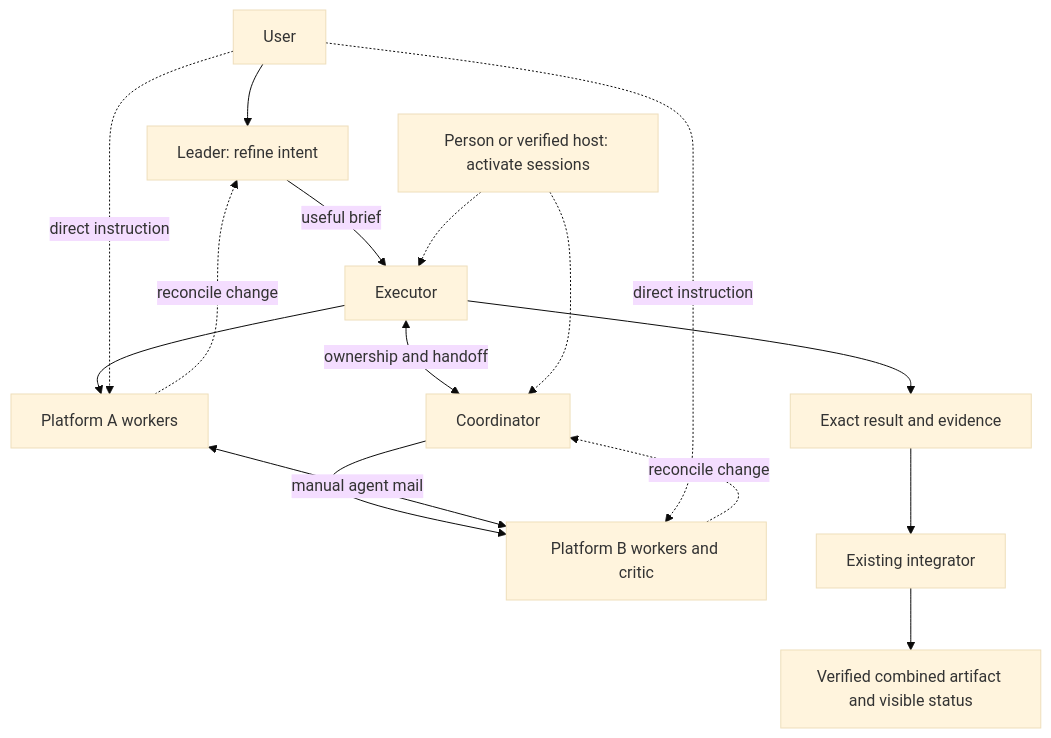
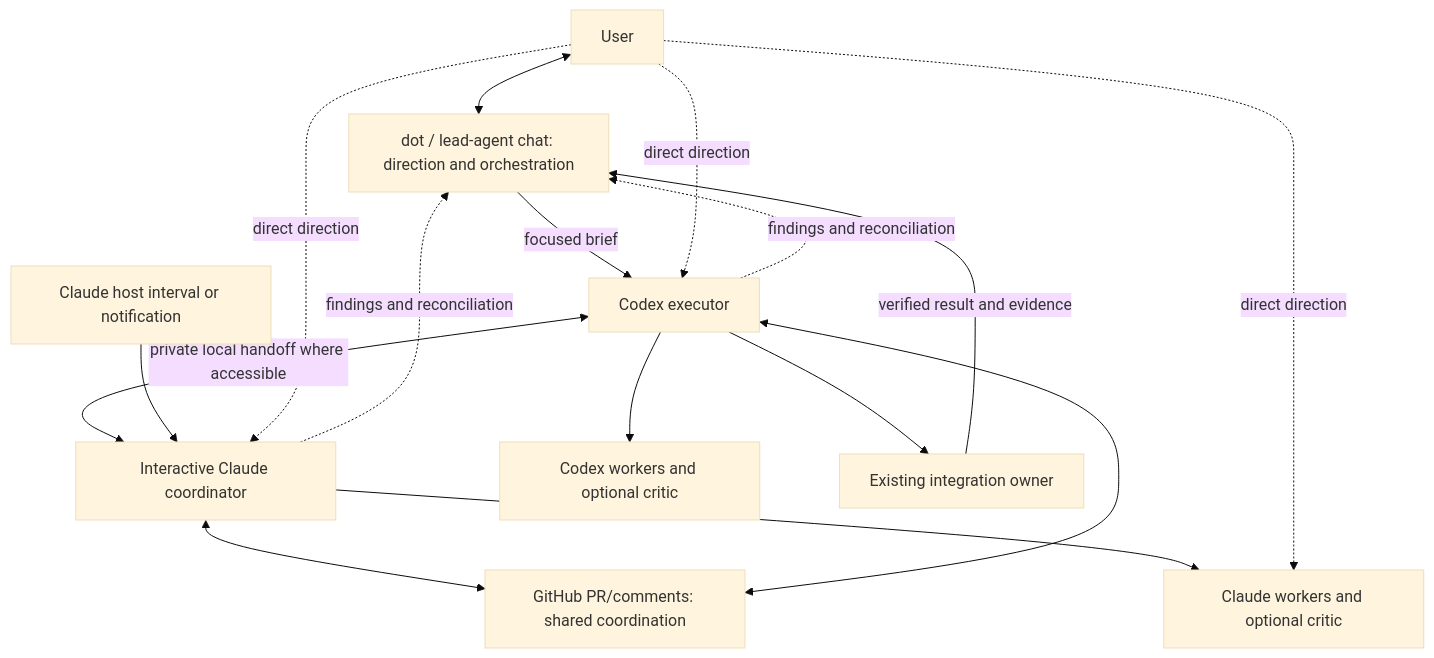
Before and after one commit to deciduus/cross-harness-agent-mail: the diagram in README.md, drawn with Mermaid (base theme). The commit also changed other lines of this file and 10 other files, not shown here.

Commit message:
Clarify lead role, host receiving and PR-private mail bridge

````diff
--- a/README.md
+++ b/README.md
@@ -33,18 +35,18 @@
 ```mermaid
 flowchart TB
-  U[User] --> L[Leader: refine intent]
-  L -->|useful brief| E[Executor]
-  E <-->|ownership and handoff| C[Coordinator]
-  E --> A[Platform A workers]
-  C --> B[Platform B workers and critic]
-  A <-->|manual agent mail| B
-  U -. direct instruction .-> A
-  U -. direct instruction .-> B
-  A -. reconcile change .-> L
-  B -. reconcile change .-> C
-  E --> R[Exact result and evidence]
-  R --> I[Existing integrator]
-  I --> V[Verified combined artifact and visible status]
-  H[Person or verified host: activate sessions] -.-> E
-  H -.-> C
+  U[User] <--> L[dot / lead-agent chat: direction and orchestration]
+  L -->|focused brief| E[Codex executor]
+  C[Interactive Claude coordinator] <--> P[GitHub PR/comments: shared coordination]
+  E <--> P
+  E <-->|private local handoff where accessible| C
+  H[Claude host interval or notification] --> C
+  E --> A[Codex workers and optional critic]
+  C --> B[Claude workers and optional critic]
+  U -. direct direction .-> E
+  U -. direct direction .-> C
+  U -. direct direction .-> B
+  E -. findings and reconciliation .-> L
+  C -. findings and reconciliation .-> L
+  E --> I[Existing integration owner]
+  I -->|verified result and evidence| L
 ```
````
